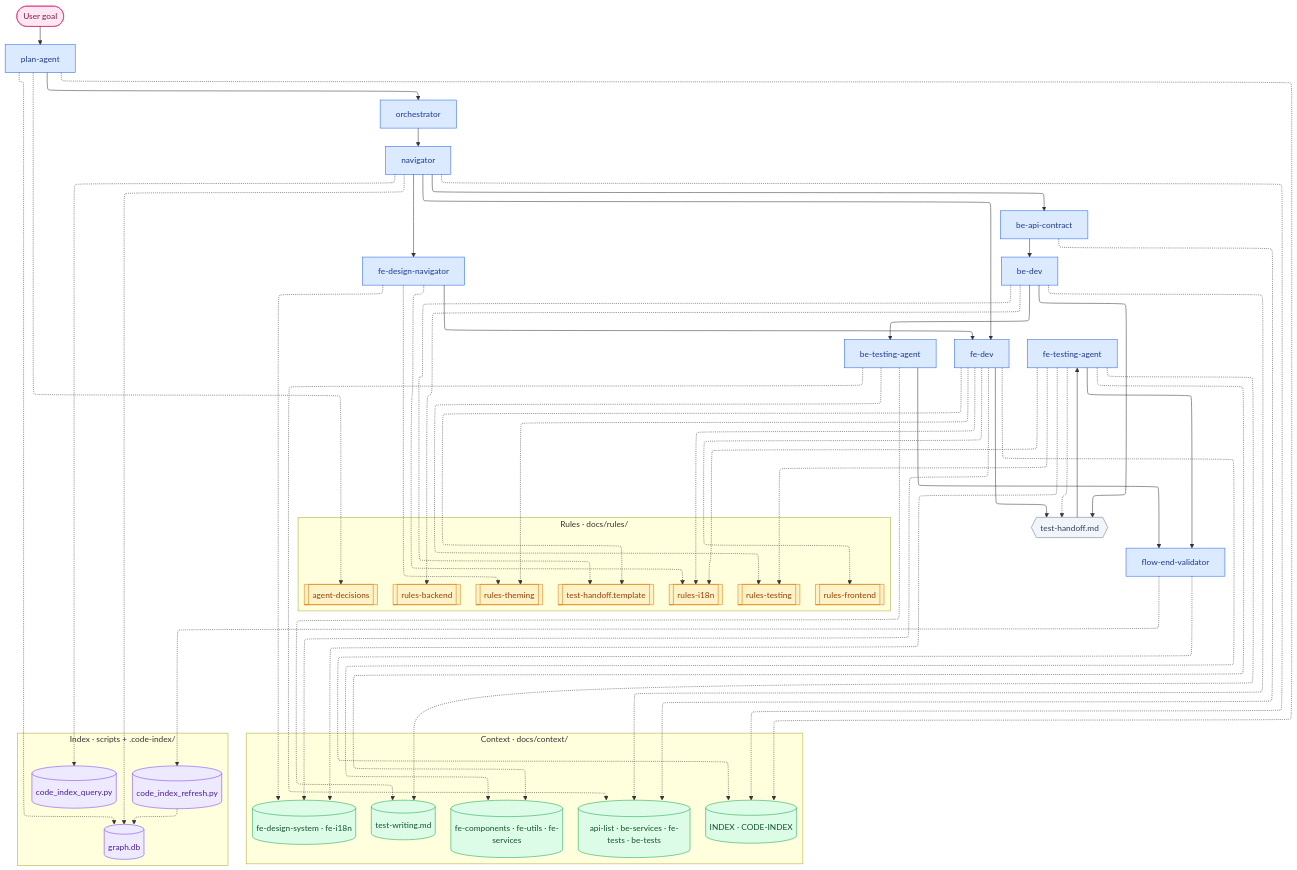
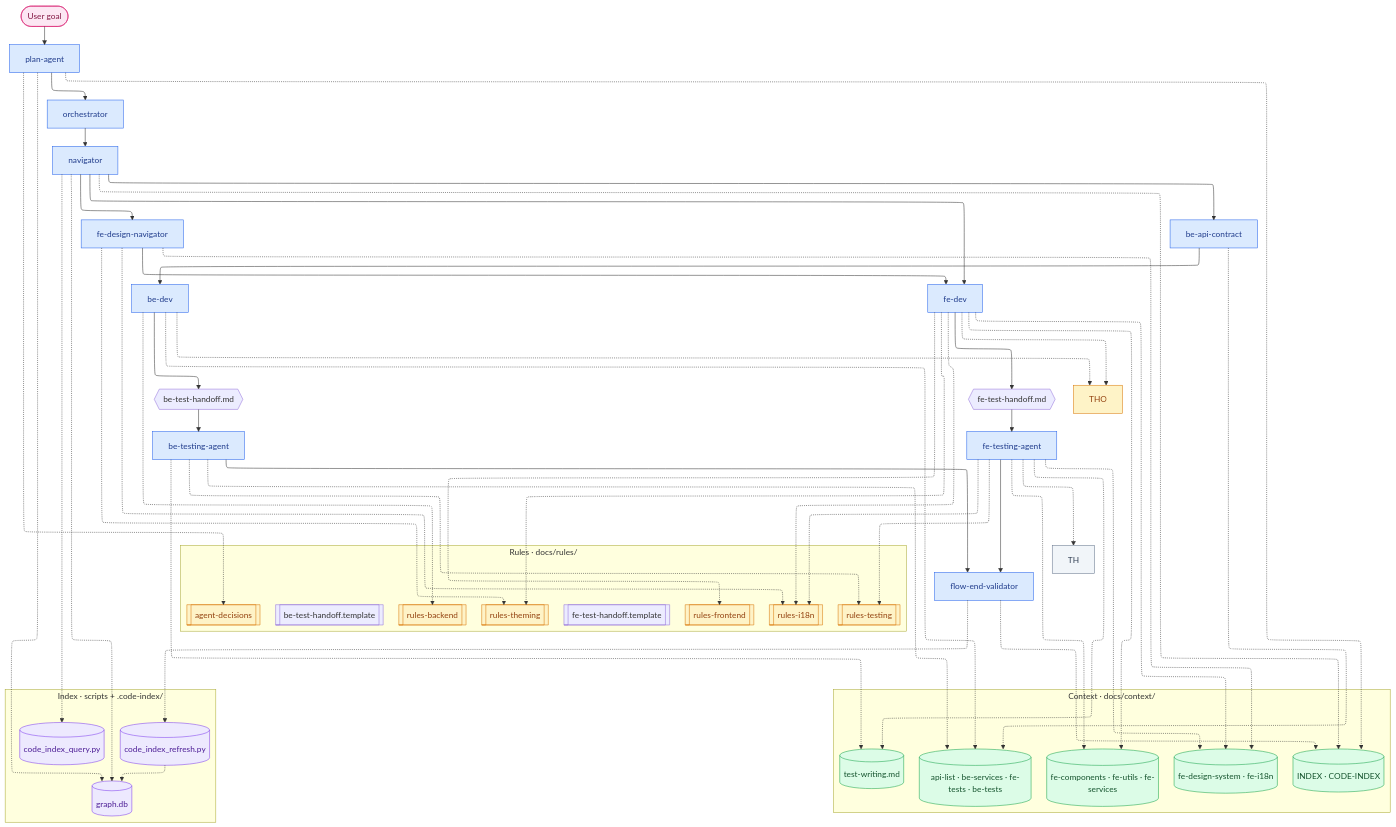
Before and after one commit to NikoNakkan/TestAgenFl: the third of 4 diagrams in docs/agentic-flowcharts.md, drawn with Mermaid. The commit also changed other lines of this file and 19 other files, not shown here.

```diff
--- a/docs/agentic-flowcharts.md
+++ b/docs/agentic-flowcharts.md
@@ -296,7 +296,8 @@
     RF[[rules-frontend]]
     RTH[[rules-theming]]
     RI18N[[rules-i18n]]
-    THO[[test-handoff.template]]
+    THBE[[be-test-handoff.template]]
+    THFE[[fe-test-handoff.template]]
   end
 
   subgraph CONTEXT["Context · docs/context/"]
@@ -322,13 +323,13 @@
   NAV --> FDN[fe-design-navigator]
   NAV --> BAC[be-api-contract]
   BAC --> BD[be-dev]
-  BD --> BTA[be-testing-agent]
+  BD --> BTH{{be-test-handoff.md}}
+  BTH --> BTA[be-testing-agent]
 
   NAV --> FD[fe-dev]
   FDN --> FD
-  FD --> TH{{test-handoff.md}}
-  BD --> TH
-  TH --> FTA[fe-testing-agent]
+  FD --> FTH{{fe-test-handoff.md}}
+  FTH --> FTA[fe-testing-agent]
 
   BTA --> FEV[flow-end-validator]
   FTA --> FEV
```
